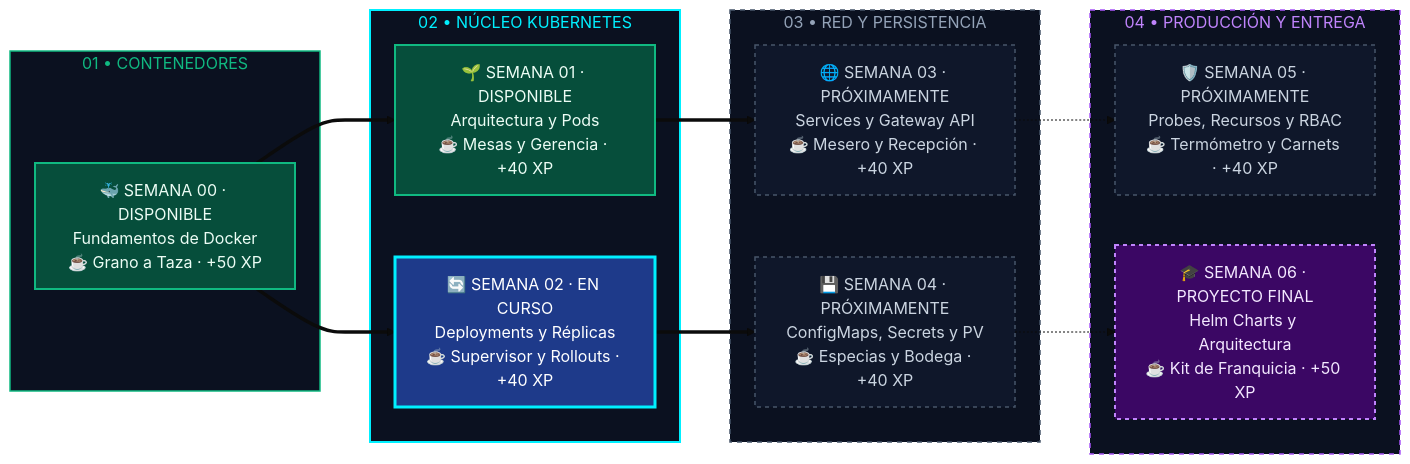
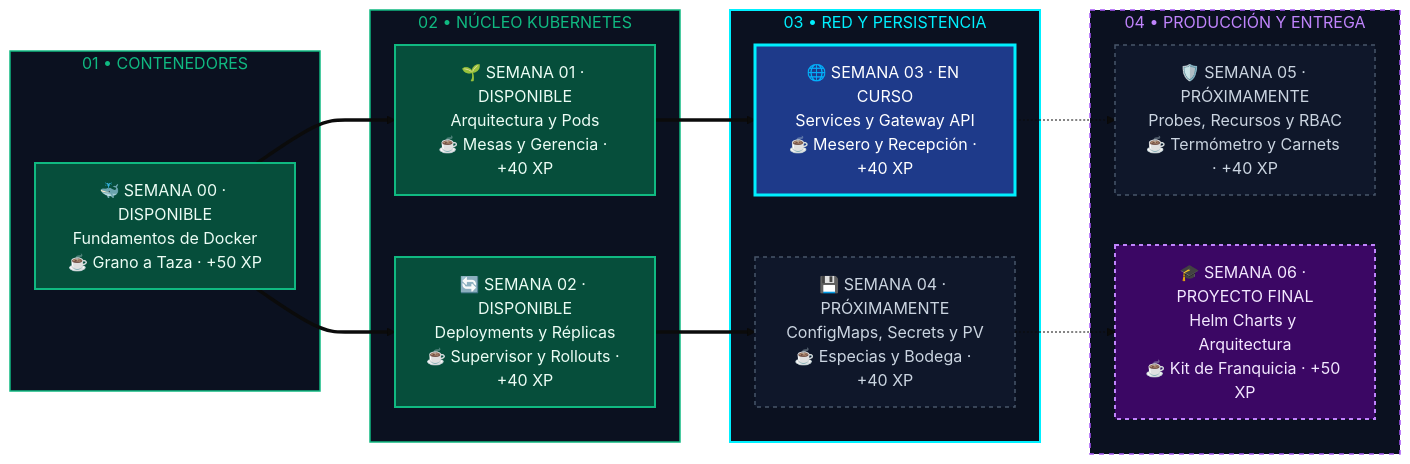
The diagram in README.md (Arlex0296/Fundamentos-Kubernetes), drawn with Mermaid (base theme) before and after one commit. The commit also changed other lines of this file and 13 other files, not shown here.

Commit message:
feat: add semana-03 (Services & Cilium Gateway API) and KubeCafe 360 interactive panel

````diff
--- a/README.md
+++ b/README.md
@@ -173,47 +175,48 @@
 ```mermaid
 flowchart LR
     subgraph F1["01 • CONTENEDORES"]
         S0["🐳 SEMANA 00 · DISPONIBLE\nFundamentos de Docker\n☕ Grano a Taza · +50 XP"]
     end
 
     subgraph F2["02 • NÚCLEO KUBERNETES"]
         S1["🌱 SEMANA 01 · DISPONIBLE\nArquitectura y Pods\n☕ Mesas y Gerencia · +40 XP"]
-        S2["🔄 SEMANA 02 · EN CURSO\nDeployments y Réplicas\n☕ Supervisor y Rollouts · +40 XP"]
+        S2["🔄 SEMANA 02 · DISPONIBLE\nDeployments y Réplicas\n☕ Supervisor y Rollouts · +40 XP"]
     end
 
     subgraph F3["03 • RED Y PERSISTENCIA"]
-        S3["🌐 SEMANA 03 · PRÓXIMAMENTE\nServices y Gateway API\n☕ Mesero y Recepción · +40 XP"]
+        S3["🌐 SEMANA 03 · EN CURSO\nServices y Gateway API\n☕ Mesero y Recepción · +40 XP"]
         S4["💾 SEMANA 04 · PRÓXIMAMENTE\nConfigMaps, Secrets y PV\n☕ Especias y Bodega · +40 XP"]
     end
 
     subgraph F4["04 • PRODUCCIÓN Y ENTREGA"]
         S5["🛡️ SEMANA 05 · PRÓXIMAMENTE\nProbes, Recursos y RBAC\n☕ Termómetro y Carnets · +40 XP"]
         S6["🎓 SEMANA 06 · PROYECTO FINAL\nHelm Charts y Arquitectura\n☕ Kit de Franquicia · +50 XP"]
     end
 
     S0 ==> S1
     S0 ==> S2
     S1 ==> S3
     S2 ==> S4
     S3 -.-> S5
     S4 -.-> S6
 
     click S0 "https://github.com/edwinbermudez91/Fundamentos-Kubernetes/tree/main/semana-00-fundamentos-docker" "Ir a Semana 00: Fundamentos de Docker"
     click S1 "https://github.com/edwinbermudez91/Fundamentos-Kubernetes/tree/main/semana-01-arquitectura" "Ir a Semana 01: Arquitectura y Pods"
     click S2 "https://github.com/edwinbermudez91/Fundamentos-Kubernetes/tree/main/semana-02-deployments" "Ir a Semana 02: Deployments y Réplicas"
+    click S3 "https://github.com/edwinbermudez91/Fundamentos-Kubernetes/tree/main/semana-03-services-gateway" "Ir a Semana 03: Services y Gateway API"
 
     classDef done fill:#064E3B,stroke:#10B981,stroke-width:2px,color:#ECFDF5;
     classDef active fill:#1E3A8A,stroke:#00F0FF,stroke-width:3px,color:#FFFFFF;
     classDef next fill:#0F172A,stroke:#475569,stroke-width:1.5px,stroke-dasharray: 4 4,color:#CBD5E1;
     classDef final fill:#3B0764,stroke:#C084FC,stroke-width:2px,stroke-dasharray: 4 4,color:#F3E8FF;
 
-    class S0,S1 done;
-    class S2 active;
-    class S3,S4,S5 next;
+    class S0,S1,S2 done;
+    class S3 active;
+    class S4,S5 next;
     class S6 final;
 
     style F1 fill:#0B1120,stroke:#10B981,stroke-width:1.5px,color:#10B981
-    style F2 fill:#0B1120,stroke:#00F0FF,stroke-width:2px,color:#00F0FF
-    style F3 fill:#0B1120,stroke:#475569,stroke-width:1.5px,stroke-dasharray: 5 5,color:#94A3B8
+    style F2 fill:#0B1120,stroke:#10B981,stroke-width:1.5px,color:#10B981
+    style F3 fill:#0B1120,stroke:#00F0FF,stroke-width:2px,color:#00F0FF
     style F4 fill:#0B1120,stroke:#A855F7,stroke-width:1.5px,stroke-dasharray: 5 5,color:#C084FC
 ```
````
